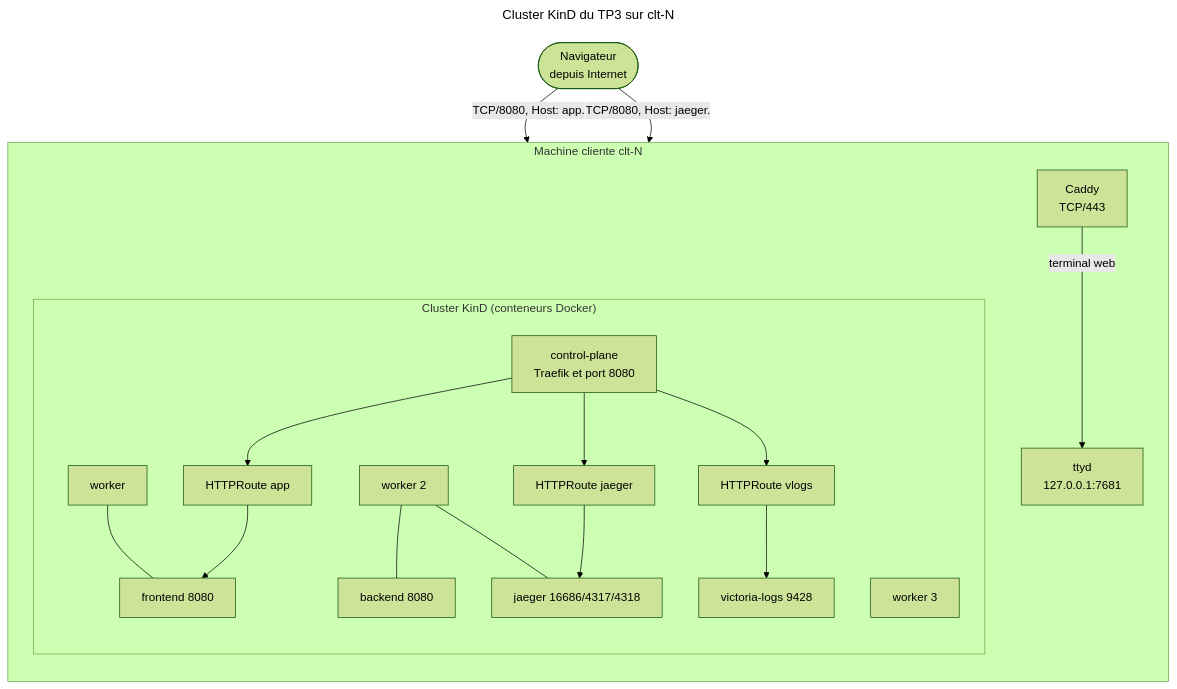
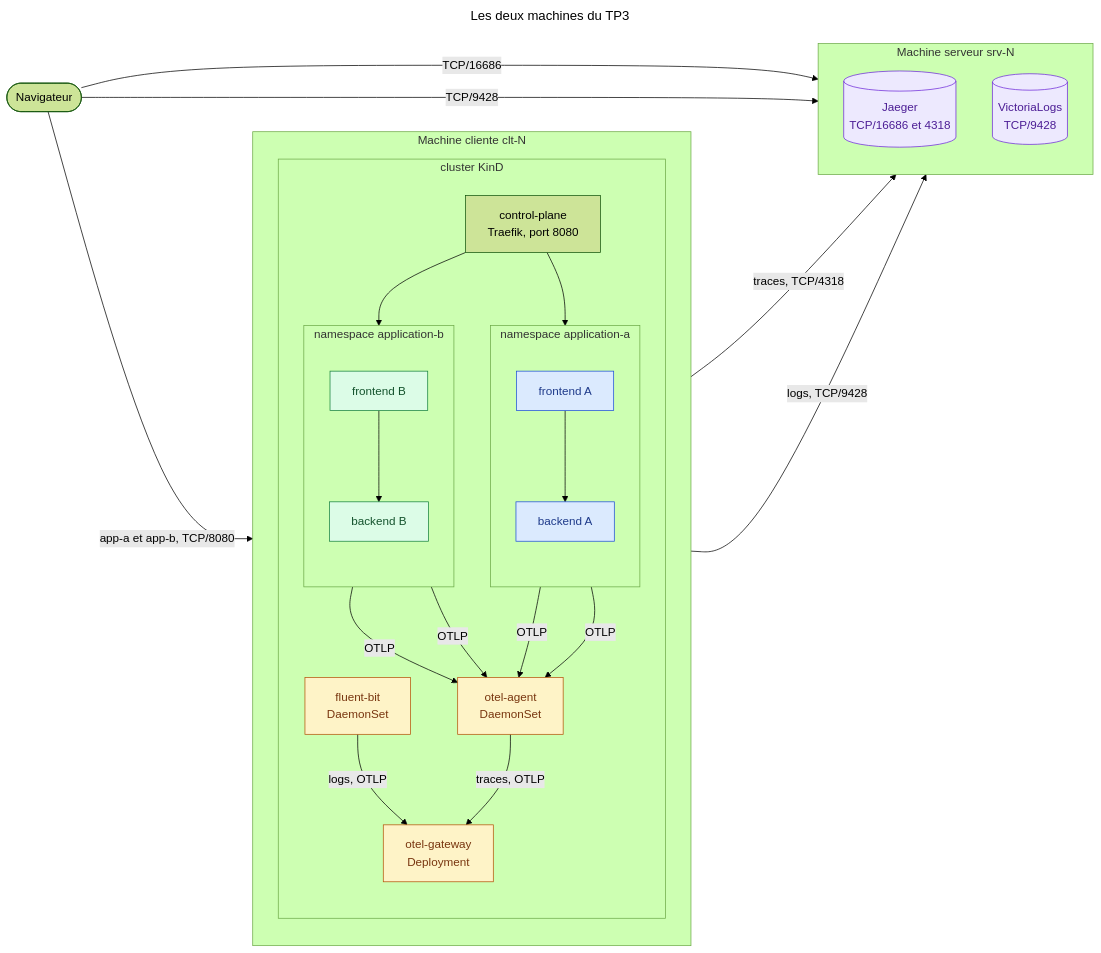
The first of 4 diagrams in Lab_TP03_Kubernetes.md (pragmatic-fermat/opentelemetry-labs), drawn with Mermaid (forest theme) before and after one commit. The commit also changed other lines of this file and 7 other files, not shown here.

First line of the commit message:
TP3 : backends sur srv-N, Fluent Bit pour les logs et schemas refondus

````diff
--- a/Lab_TP03_Kubernetes.md
+++ b/Lab_TP03_Kubernetes.md
@@ -66,41 +68,59 @@
 ```mermaid
 ---
-title: Cluster KinD du TP3 sur clt-N
+title: Les deux machines du TP3
 ---
-flowchart TB
-  B([Navigateur<br/>depuis Internet])
+flowchart LR
+  B([Navigateur])
 
   subgraph CLT["Machine cliente clt-N"]
     direction TB
-    C[Caddy<br/>TCP/443]
-    T[ttyd<br/>127.0.0.1:7681]
-    C -->|terminal web| T
-
-    subgraph K["Cluster KinD (conteneurs Docker)"]
+    subgraph K["cluster KinD"]
       direction TB
-      CP["control-plane<br/>Traefik et port 8080"]
-      W1[worker]
-      W2[worker 2]
-      W3[worker 3]
-      P1[frontend 8080]
-      P2[backend 8080]
-      P3[jaeger 16686/4317/4318]
-      P4[victoria-logs 9428]
-      R1["HTTPRoute app"]
-      R2["HTTPRoute jaeger"]
-      W1 --- P1
-      W2 --- P2
-      W2 --- P3
-      CP --> R1
-      CP --> R2
-      R1 --> P1
-      R2 --> P3
-      R3["HTTPRoute vlogs"]
-      R3 --> P4
-      CP --> R3
+      CP["control-plane<br/>Traefik, port 8080"]
+      subgraph NA["namespace application-a"]
+        direction TB
+        FA[frontend A]
+        BA[backend A]
+        FA --> BA
+      end
+      subgraph NB["namespace application-b"]
+        direction TB
+        FB[frontend B]
+        BB[backend B]
+        FB --> BB
+      end
+      AG[otel-agent<br/>DaemonSet]
+      FLB[fluent-bit<br/>DaemonSet]
+      GW[otel-gateway<br/>Deployment]
     end
   end
 
-  B -->|TCP/8080, Host: app.<INGRESS_HOST>| CP
-  B -->|TCP/8080, Host: jaeger.<INGRESS_HOST>| CP
+  subgraph SRV["Machine serveur srv-N"]
+    direction TB
+    J[(Jaeger<br/>TCP/16686 et 4318)]
+    VL[(VictoriaLogs<br/>TCP/9428)]
+  end
+
+  B -->|"app-a et app-b, TCP/8080"| CP
+  CP --> FA
+  CP --> FB
+  FA -->|OTLP| AG
+  BA -->|OTLP| AG
+  FB -->|OTLP| AG
+  BB -->|OTLP| AG
+  FLB -->|"logs, OTLP"| GW
+  AG -->|"traces, OTLP"| GW
+  GW -->|"traces, TCP/4318"| J
+  GW -->|"logs, TCP/9428"| VL
+  B -->|TCP/16686| J
+  B -->|TCP/9428| VL
+
+  classDef appa fill:#dbeafe,stroke:#1d4ed8,color:#1e3a8a
+  classDef appb fill:#dcfce7,stroke:#15803d,color:#14532d
+  classDef telemetry fill:#fef3c7,stroke:#b45309,color:#78350f
+  classDef backend fill:#ede9fe,stroke:#6d28d9,color:#4c1d95
+  class FA,BA appa
+  class FB,BB appb
+  class AG,FLB,GW telemetry
+  class J,VL backend
 ```
````
